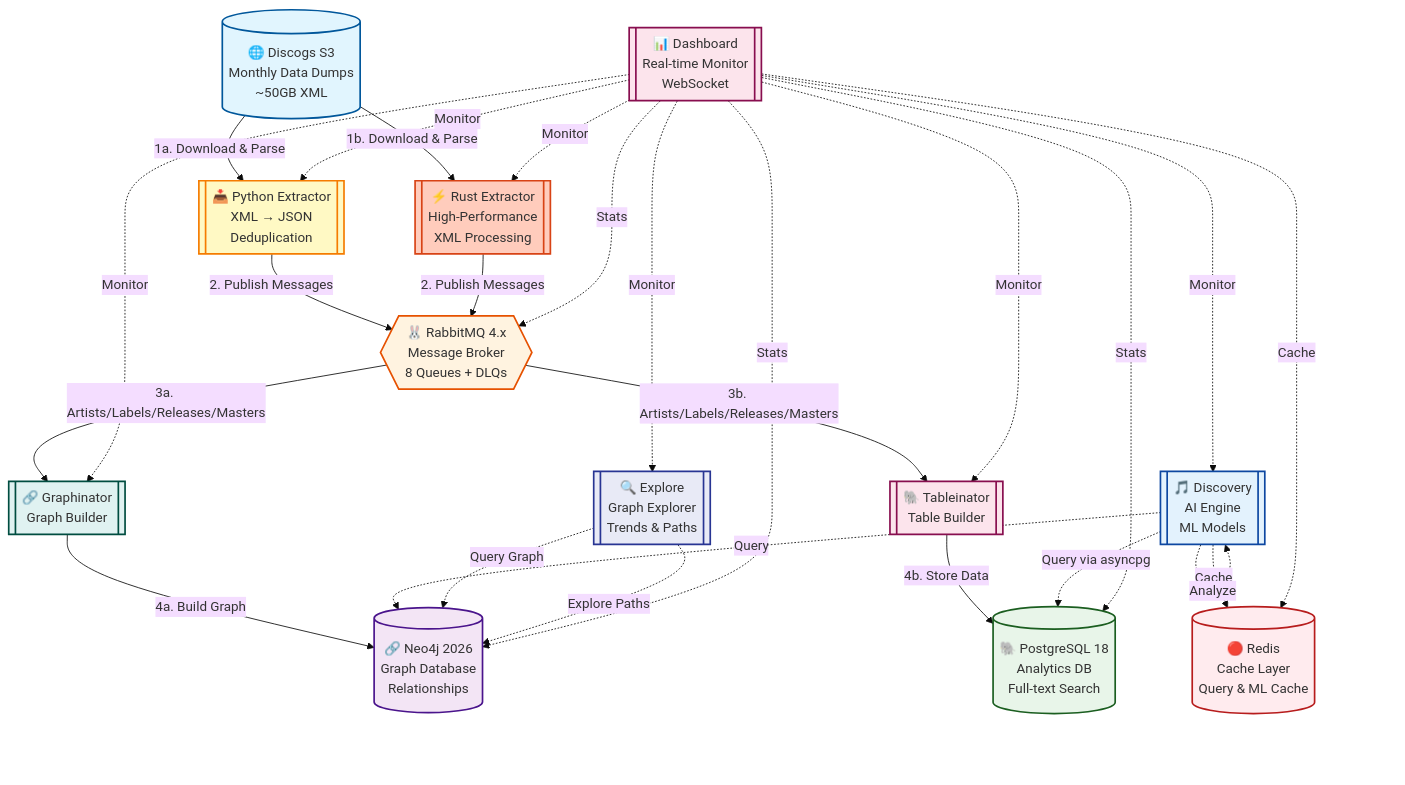
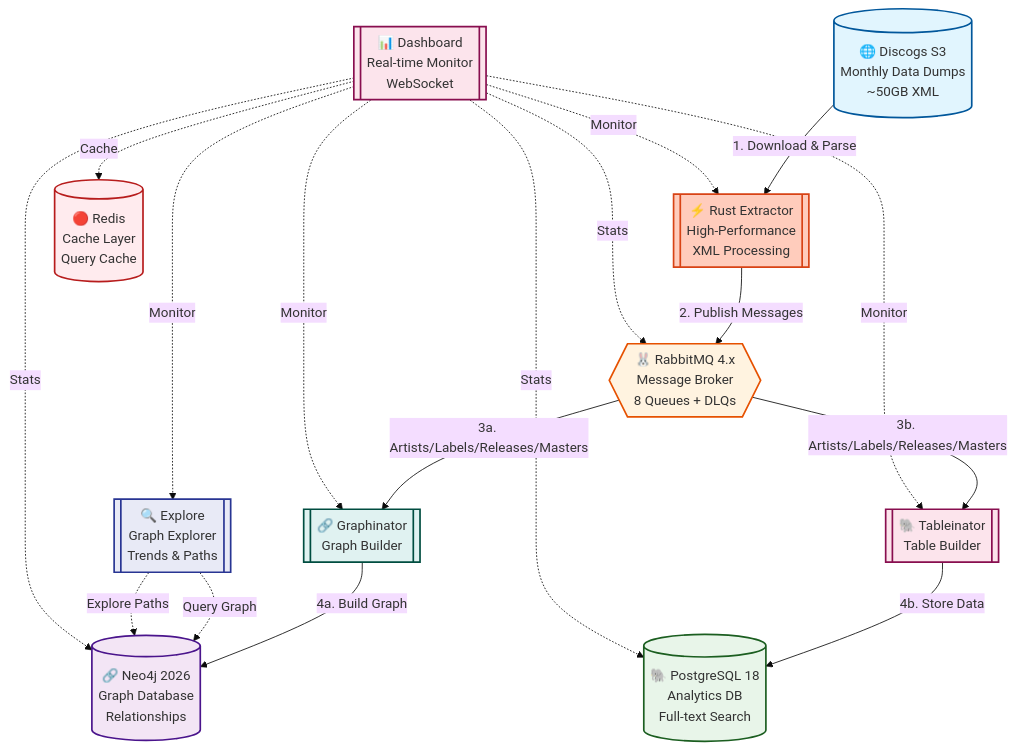
The diagram in README.md (SimplicityGuy/discogsography), drawn with Mermaid (base theme) before and after one commit. The commit also changed other lines of this file and 142 other files, not shown here.

````diff
--- a/README.md
+++ b/README.md
@@ -55,61 +53,43 @@
 ```mermaid
 graph TD
     S3[("🌐 Discogs S3<br/>Monthly Data Dumps<br/>~50GB XML")]
-    PYEXT[["📥 Python Extractor<br/>XML → JSON<br/>Deduplication"]]
     RSEXT[["⚡ Rust Extractor<br/>High-Performance<br/>XML Processing"]]
     RMQ{{"🐰 RabbitMQ 4.x<br/>Message Broker<br/>8 Queues + DLQs"}}
     NEO4J[("🔗 Neo4j 2026<br/>Graph Database<br/>Relationships")]
     PG[("🐘 PostgreSQL 18<br/>Analytics DB<br/>Full-text Search")]
-    REDIS[("🔴 Redis<br/>Cache Layer<br/>Query & ML Cache")]
+    REDIS[("🔴 Redis<br/>Cache Layer<br/>Query Cache")]
     GRAPH[["🔗 Graphinator<br/>Graph Builder"]]
     TABLE[["🐘 Tableinator<br/>Table Builder"]]
     DASH[["📊 Dashboard<br/>Real-time Monitor<br/>WebSocket"]]
-    DISCO[["🎵 Discovery<br/>AI Engine<br/>ML Models"]]
     EXPLORE[["🔍 Explore<br/>Graph Explorer<br/>Trends & Paths"]]
 
-    S3 -->|1a. Download & Parse| PYEXT
-    S3 -->|1b. Download & Parse| RSEXT
-    PYEXT -->|2. Publish Messages| RMQ
+    S3 -->|1. Download & Parse| RSEXT
     RSEXT -->|2. Publish Messages| RMQ
     RMQ -->|3a. Artists/Labels/Releases/Masters| GRAPH
     RMQ -->|3b. Artists/Labels/Releases/Masters| TABLE
     GRAPH -->|4a. Build Graph| NEO4J
     TABLE -->|4b. Store Data| PG
 
-    DISCO -.->|Query| NEO4J
-    DISCO -.->|Query via asyncpg| PG
-    DISCO -.->|Cache| REDIS
-    DISCO -.->|Analyze| DISCO
-
     EXPLORE -.->|Query Graph| NEO4J
     EXPLORE -.->|Explore Paths| NEO4J
 
-    DASH -.->|Monitor| PYEXT
     DASH -.->|Monitor| RSEXT
     DASH -.->|Monitor| GRAPH
     DASH -.->|Monitor| TABLE
-    DASH -.->|Monitor| DISCO
     DASH -.->|Monitor| EXPLORE
     DASH -.->|Cache| REDIS
     DASH -.->|Stats| RMQ
     DASH -.->|Stats| NEO4J
     DASH -.->|Stats| PG
 
     style S3 fill:#e1f5fe,stroke:#01579b,stroke-width:2px
-    style PYEXT fill:#fff9c4,stroke:#f57c00,stroke-width:2px
     style RSEXT fill:#ffccbc,stroke:#d84315,stroke-width:2px
     style RMQ fill:#fff3e0,stroke:#e65100,stroke-width:2px
     style NEO4J fill:#f3e5f5,stroke:#4a148c,stroke-width:2px
     style PG fill:#e8f5e9,stroke:#1b5e20,stroke-width:2px
     style REDIS fill:#ffebee,stroke:#b71c1c,stroke-width:2px
     style GRAPH fill:#e0f2f1,stroke:#004d40,stroke-width:2px
     style TABLE fill:#fce4ec,stroke:#880e4f,stroke-width:2px
     style DASH fill:#fce4ec,stroke:#880e4f,stroke-width:2px
-    style DISCO fill:#e3f2fd,stroke:#0d47a1,stroke-width:2px
-    style EXPLORE fill:#f1f8e9,stroke:#33691e,stroke-width:2px
-    style PG fill:#e8f5e9,stroke:#1b5e20,stroke-width:2px
-    style REDIS fill:#ffebee,stroke:#b71c1c,stroke-width:2px
-    style DASH fill:#fce4ec,stroke:#880e4f,stroke-width:2px
-    style DISCO fill:#e3f2fd,stroke:#0d47a1,stroke-width:2px
     style EXPLORE fill:#e8eaf6,stroke:#283593,stroke-width:2px
 ```
````
